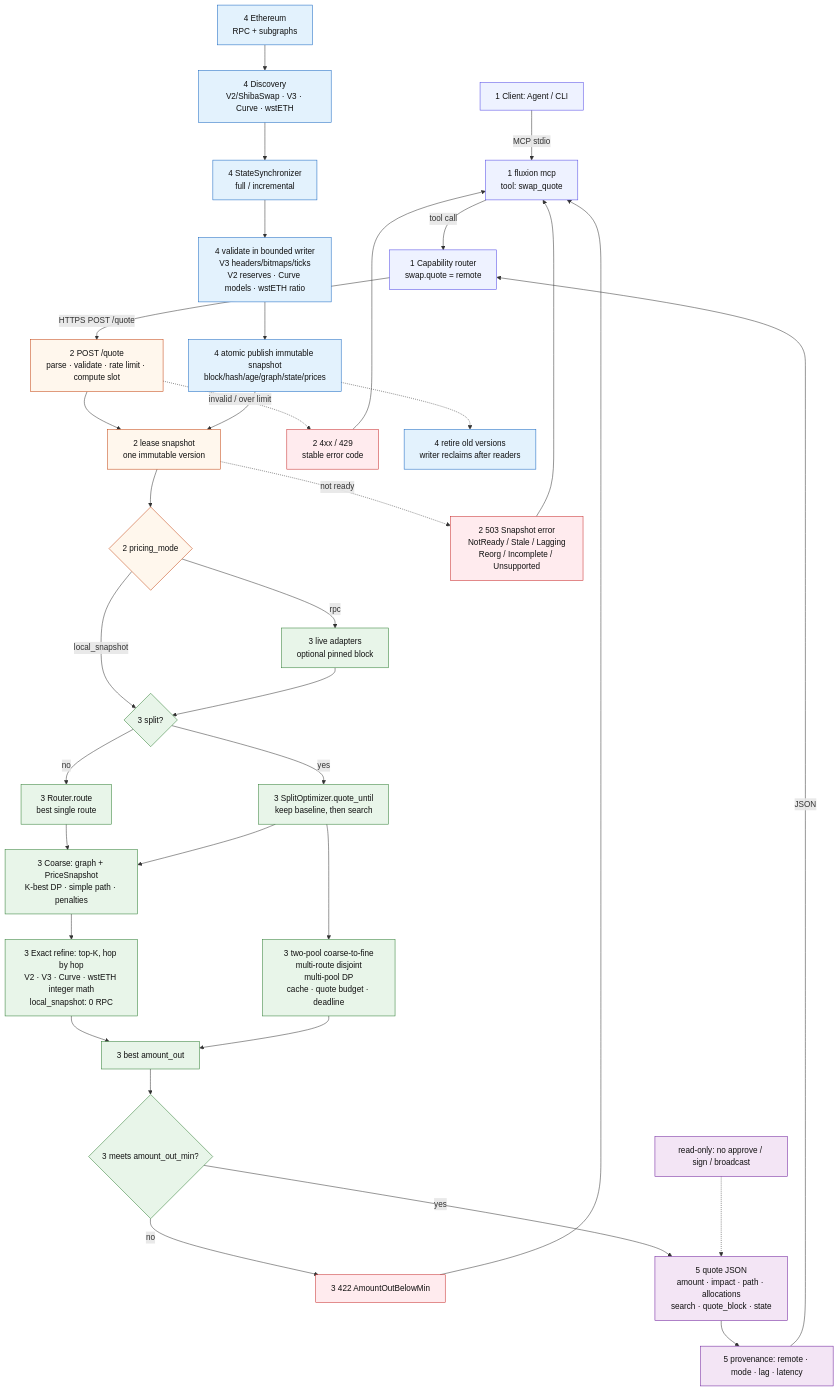
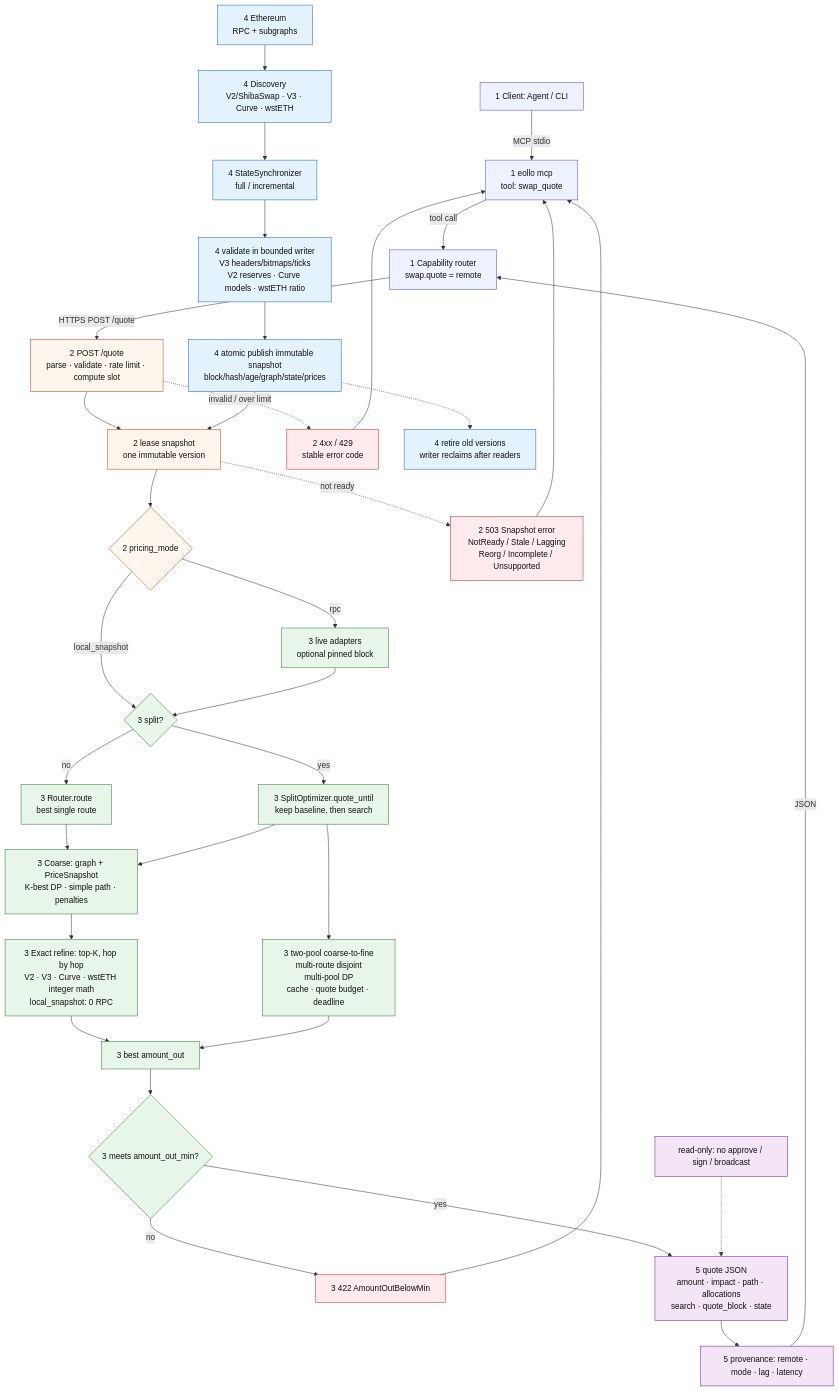
The diagram in docs/capabilities/swap/ARCHITECTURE.md (ZhangPeibin/Fluxion), drawn with Mermaid before and after one commit. The commit also changed other lines of this file and 268 other files, not shown here.

First line of the commit message:
refactor: rename Fluxion to Eollo

````diff
--- a/docs/capabilities/swap/ARCHITECTURE.md
+++ b/docs/capabilities/swap/ARCHITECTURE.md
@@ -12,47 +12,47 @@
 ```mermaid
 flowchart TB
   classDef client fill:#eef2ff,stroke:#4f46e5,color:#111
   classDef api fill:#fff7ed,stroke:#c2410c,color:#111
   classDef engine fill:#e8f5e9,stroke:#2e7d32,color:#111
   classDef state fill:#e3f2fd,stroke:#1565c0,color:#111
   classDef error fill:#ffebee,stroke:#c62828,color:#111
   classDef output fill:#f3e5f5,stroke:#6a1b9a,color:#111
 
-  A["1 Client: Agent / CLI"] -->|MCP stdio| B["1 fluxion mcp<br/>tool: swap_quote"] -->|tool call| CR["1 Capability router<br/>swap.quote = remote"]
+  A["1 Client: Agent / CLI"] -->|MCP stdio| B["1 eollo mcp<br/>tool: swap_quote"] -->|tool call| CR["1 Capability router<br/>swap.quote = remote"]
   CR -->|HTTPS POST /quote| H["2 POST /quote<br/>parse · validate · rate limit · compute slot"]
   H --> L["2 lease snapshot<br/>one immutable version"]
   H -. invalid / over limit .-> ERR1["2 4xx / 429<br/>stable error code"]
   L --> M{"2 pricing_mode"}
   L -. not ready .-> ERR2["2 503 Snapshot error<br/>NotReady / Stale / Lagging<br/>Reorg / Incomplete / Unsupported"]
   M -- local_snapshot --> E{"3 split?"}
   M -- rpc --> R["3 live adapters<br/>optional pinned block"] --> E
   E -- no --> ROUTE["3 Router.route<br/>best single route"]
   E -- yes --> SPLIT["3 SplitOptimizer.quote_until<br/>keep baseline, then search"]
   ROUTE --> COARSE["3 Coarse: graph + PriceSnapshot<br/>K-best DP · simple path · penalties"]
   SPLIT --> COARSE
   COARSE --> REF["3 Exact refine: top-K, hop by hop<br/>V2 · V3 · Curve · wstETH integer math<br/>local_snapshot: 0 RPC"]
   REF --> PICK["3 best amount_out"]
   SPLIT --> EXTRA["3 two-pool coarse-to-fine<br/>multi-route disjoint<br/>multi-pool DP<br/>cache · quote budget · deadline"]
   EXTRA --> PICK
   PICK --> MIN{"3 meets amount_out_min?"}
   MIN -- no --> ERR3["3 422 AmountOutBelowMin"]
   CHAIN["4 Ethereum<br/>RPC + subgraphs"] --> DISC["4 Discovery<br/>V2/ShibaSwap · V3 · Curve · wstETH"] --> SYNC["4 StateSynchronizer<br/>full / incremental"]
   SYNC --> VALID["4 validate in bounded writer<br/>V3 headers/bitmaps/ticks<br/>V2 reserves · Curve models · wstETH ratio"]
   VALID --> SNAP["4 atomic publish immutable snapshot<br/>block/hash/age/graph/state/prices"]
   SNAP --> L
   SNAP -.-> RETIRE["4 retire old versions<br/>writer reclaims after readers"]
   MIN -- yes --> DTO["5 quote JSON<br/>amount · impact · path · allocations<br/>search · quote_block · state"]
   DTO --> PROV["5 provenance: remote · mode · lag · latency"]
   PROV -->|JSON| CR
   ERR1 --> B
   ERR2 --> B
   ERR3 --> B
   RO["read-only: no approve / sign / broadcast"] -.-> DTO
 
   class A,B,CR client
   class H,L,M api
   class ERR1,ERR2,ERR3 error
   class E,R,ROUTE,SPLIT,COARSE,REF,PICK,EXTRA,MIN engine
   class CHAIN,DISC,SYNC,VALID,SNAP,RETIRE state
   class DTO,PROV,RO output
 ```
````
